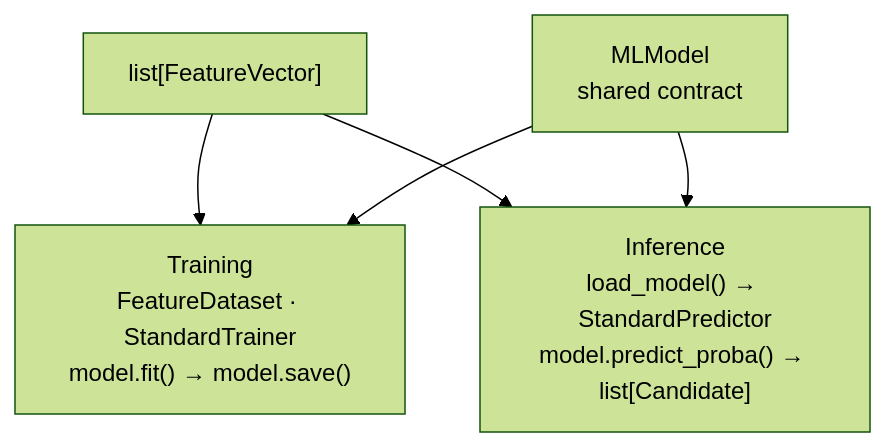
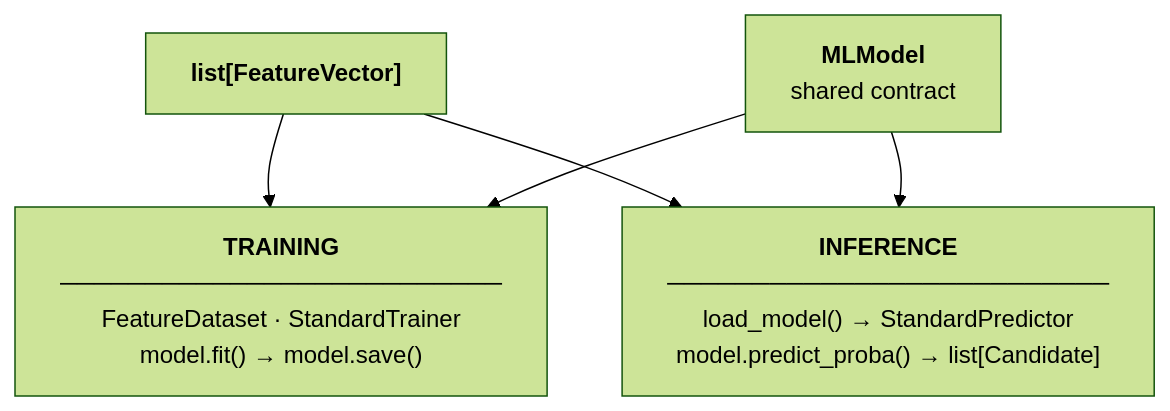
One commit to ManiacUrgency42/ml4em changed the third of 3 diagrams in docs/architecture/overview.md. Above: the diagram before and after it, drawn with Mermaid (forest theme). The commit also changed other lines of this file, not shown here.

First line of the commit message:
docs: polish Mermaid diagram node formatting

````diff
--- a/docs/architecture/overview.md
+++ b/docs/architecture/overview.md
@@ -55,11 +60,11 @@
 ```mermaid
 flowchart TD
-    FV["list[FeatureVector]"]
-    M["MLModel\nshared contract"]
+    FV["<b>list[FeatureVector]</b>"]
+    M["<b>MLModel</b><br/>shared contract"]
 
-    T["Training\nFeatureDataset · StandardTrainer\nmodel.fit() → model.save()"]
-    I["Inference\nload_model() → StandardPredictor\nmodel.predict_proba() → list[Candidate]"]
+    T["<b>TRAINING</b><br/>──────────────────────────<br/>FeatureDataset · StandardTrainer<br/>model.fit() → model.save()"]
+    I["<b>INFERENCE</b><br/>──────────────────────────<br/>load_model() → StandardPredictor<br/>model.predict_proba() → list[Candidate]"]
 
     FV --> T & I
     M --> T & I
 ```
````
